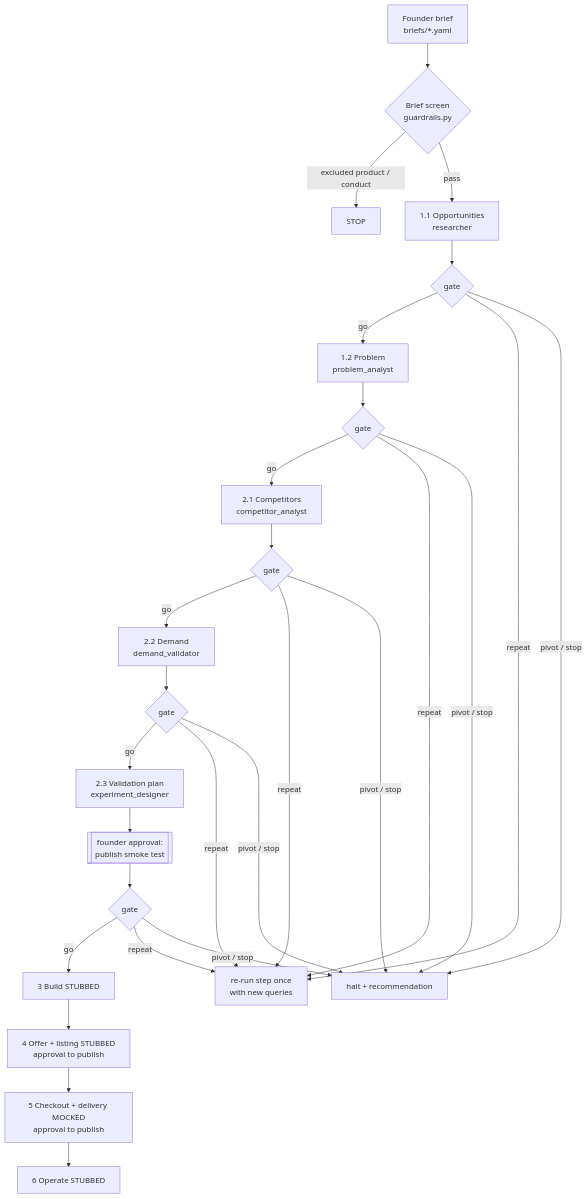
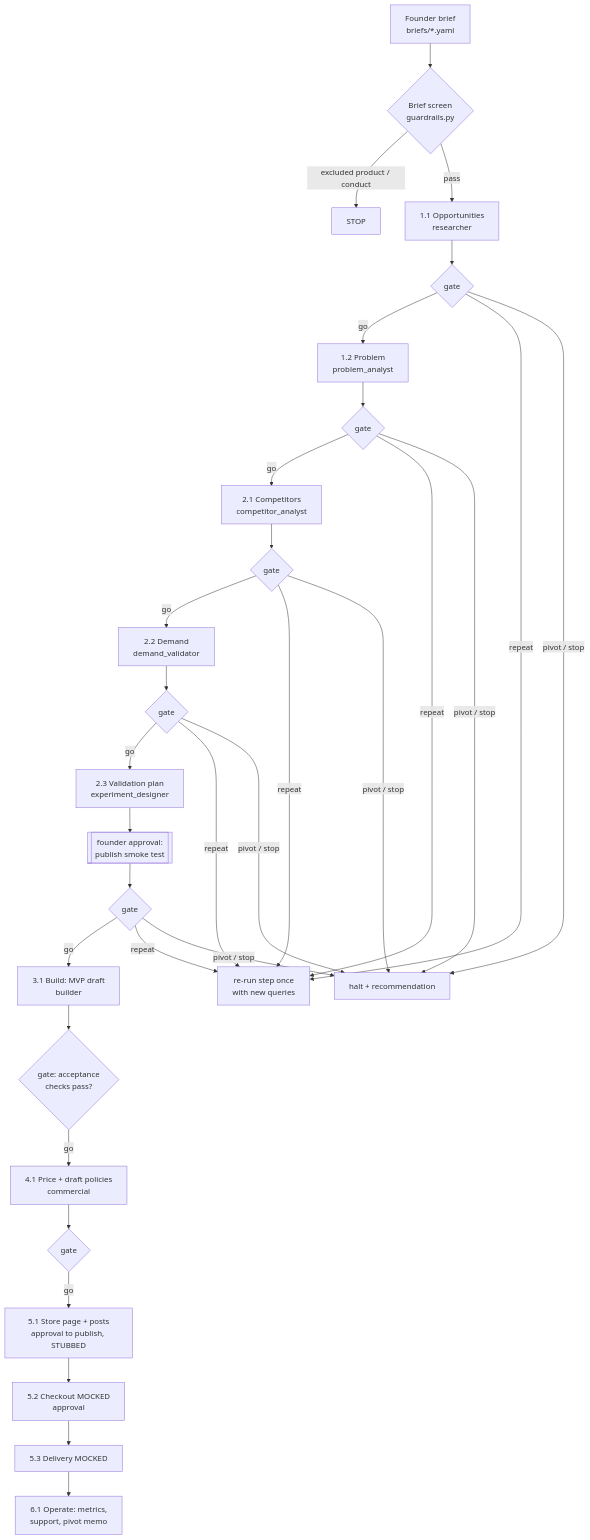
The first of 4 diagrams in ARCHITECTURE.md (malakmotawee/mads), drawn with Mermaid before and after one commit. The commit also changed other lines of this file and 18 other files, not shown here.

````diff
--- a/ARCHITECTURE.md
+++ b/ARCHITECTURE.md
@@ -7,22 +7,26 @@
 ```mermaid
 flowchart TD
     B[Founder brief<br/>briefs/*.yaml] --> S{Brief screen<br/>guardrails.py}
     S -- excluded product / conduct --> X[STOP]
     S -- pass --> P11[1.1 Opportunities<br/>researcher]
     P11 --> G11{gate}
     G11 -- go --> P12[1.2 Problem<br/>problem_analyst]
     P12 --> G12{gate}
     G12 -- go --> P21[2.1 Competitors<br/>competitor_analyst]
     P21 --> G21{gate}
     G21 -- go --> P22[2.2 Demand<br/>demand_validator]
     P22 --> G22{gate}
     G22 -- go --> P23[2.3 Validation plan<br/>experiment_designer]
     P23 --> A1[[founder approval:<br/>publish smoke test]]
     A1 --> G23{gate}
-    G23 -- go --> P3[3 Build STUBBED]
-    P3 --> P4[4 Offer + listing STUBBED<br/>approval to publish]
-    P4 --> P5[5 Checkout + delivery MOCKED<br/>approval to publish]
-    P5 --> P6[6 Operate STUBBED]
+    G23 -- go --> P3[3.1 Build: MVP draft<br/>builder]
+    P3 --> T3{gate: acceptance<br/>checks pass?}
+    T3 -- go --> P4[4.1 Price + draft policies<br/>commercial]
+    P4 --> G4{gate}
+    G4 -- go --> P51[5.1 Store page + posts<br/>approval to publish, STUBBED]
+    P51 --> P52[5.2 Checkout MOCKED<br/>approval]
+    P52 --> P53[5.3 Delivery MOCKED]
+    P53 --> P6[6.1 Operate: metrics,<br/>support, pivot memo]
     G11 & G12 & G21 & G22 & G23 -- repeat --> R[re-run step once<br/>with new queries]
     G11 & G12 & G21 & G22 & G23 -- pivot / stop --> H[halt + recommendation]
 ```
````
